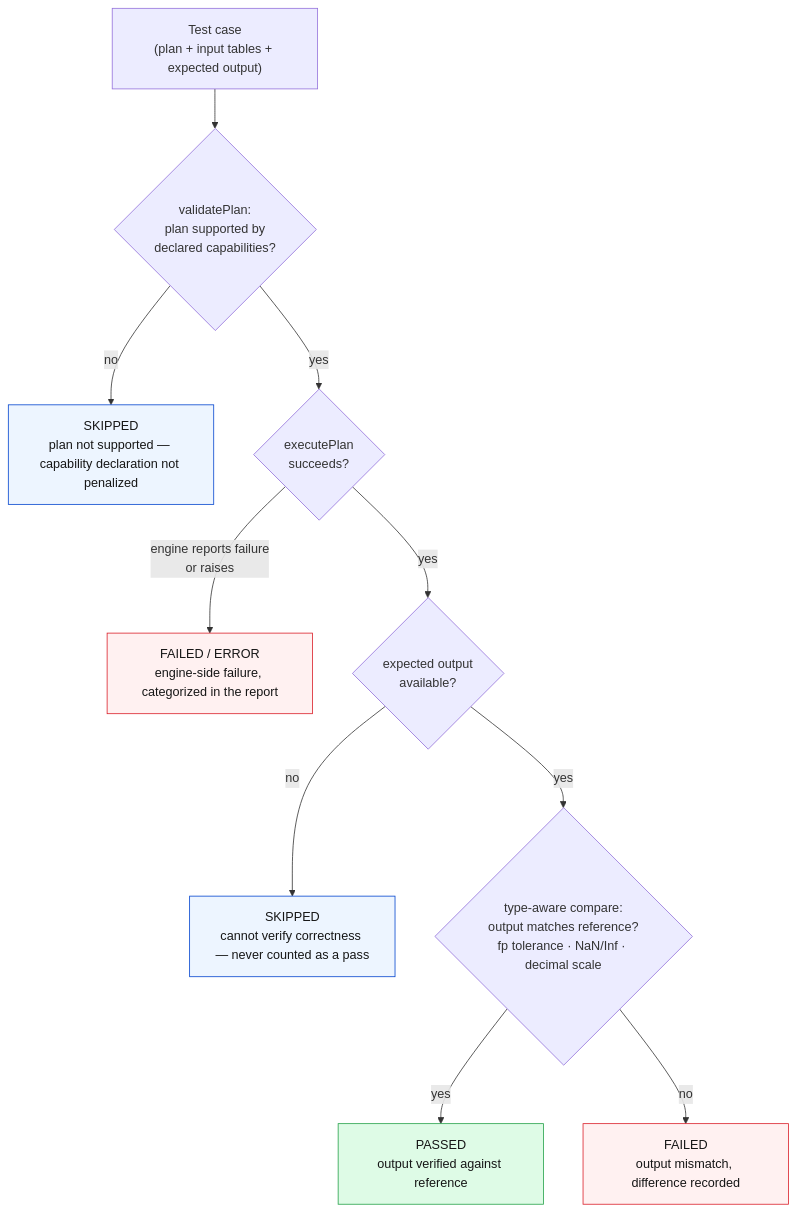
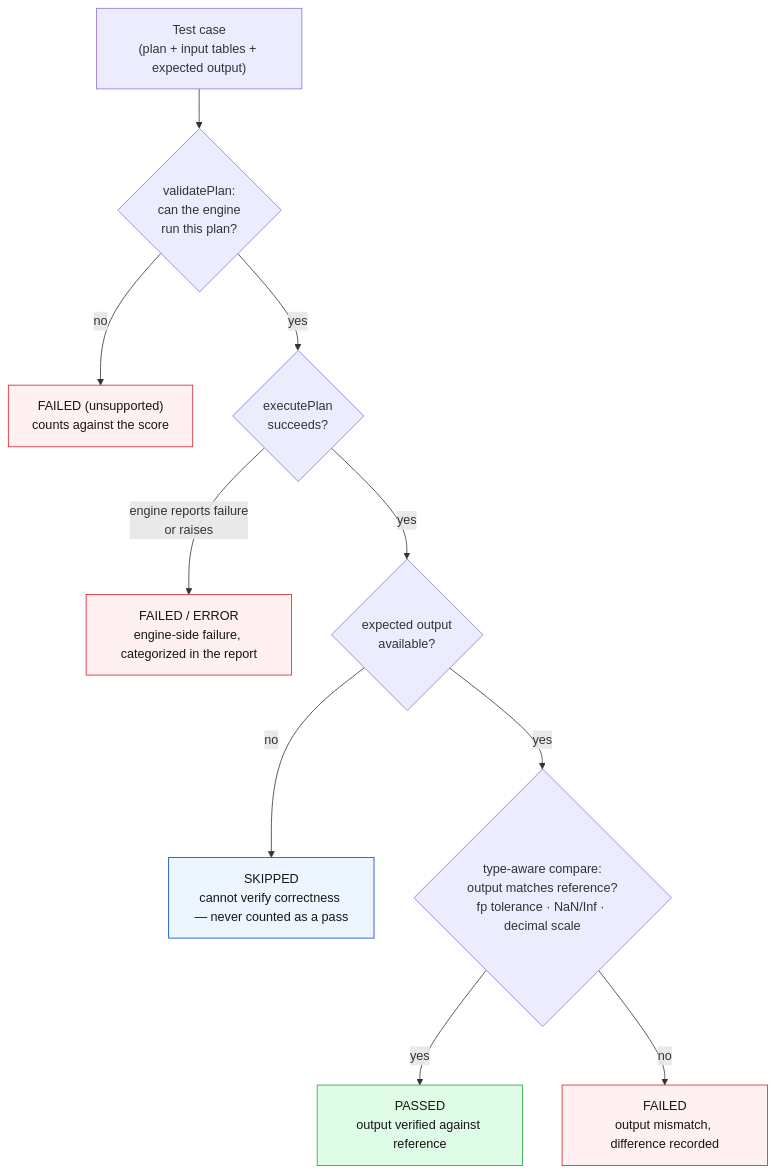
The second of 2 diagrams in docs/INTRODUCTION.md (IBM/substrait-compliance), drawn with Mermaid before and after one commit. The commit also changed other lines of this file and 7 other files, not shown here.

````diff
--- a/docs/INTRODUCTION.md
+++ b/docs/INTRODUCTION.md
@@ -96,18 +104,18 @@
 ```mermaid
 flowchart TD
-    T["Test case<br/>(plan + input tables + expected output)"] --> V{"validatePlan:<br/>plan supported by<br/>declared capabilities?"}
-    V -->|no| S1["SKIPPED<br/>plan not supported — capability declaration not penalized"]
+    T["Test case<br/>(plan + input tables + expected output)"] --> V{"validatePlan:<br/>can the engine<br/>run this plan?"}
+    V -->|no| F0["FAILED (unsupported)<br/>counts against the score"]
     V -->|yes| X{"executePlan<br/>succeeds?"}
     X -->|"engine reports failure<br/>or raises"| F1["FAILED / ERROR<br/>engine-side failure, categorized in the report"]
     X -->|yes| E{"expected output<br/>available?"}
     E -->|no| S2["SKIPPED<br/>cannot verify correctness — never counted as a pass"]
     E -->|yes| C{"type-aware compare:<br/>output matches reference?<br/>fp tolerance · NaN/Inf · decimal scale"}
     C -->|yes| P["PASSED<br/>output verified against reference"]
     C -->|no| F2["FAILED<br/>output mismatch, difference recorded"]
 
     style P fill:#defbe6,stroke:#24a148,color:#161616
     style F1 fill:#fff1f1,stroke:#da1e28,color:#161616
     style F2 fill:#fff1f1,stroke:#da1e28,color:#161616
-    style S1 fill:#edf5ff,stroke:#0043ce,color:#161616
+    style F0 fill:#fff1f1,stroke:#da1e28,color:#161616
     style S2 fill:#edf5ff,stroke:#0043ce,color:#161616
 ```
````
